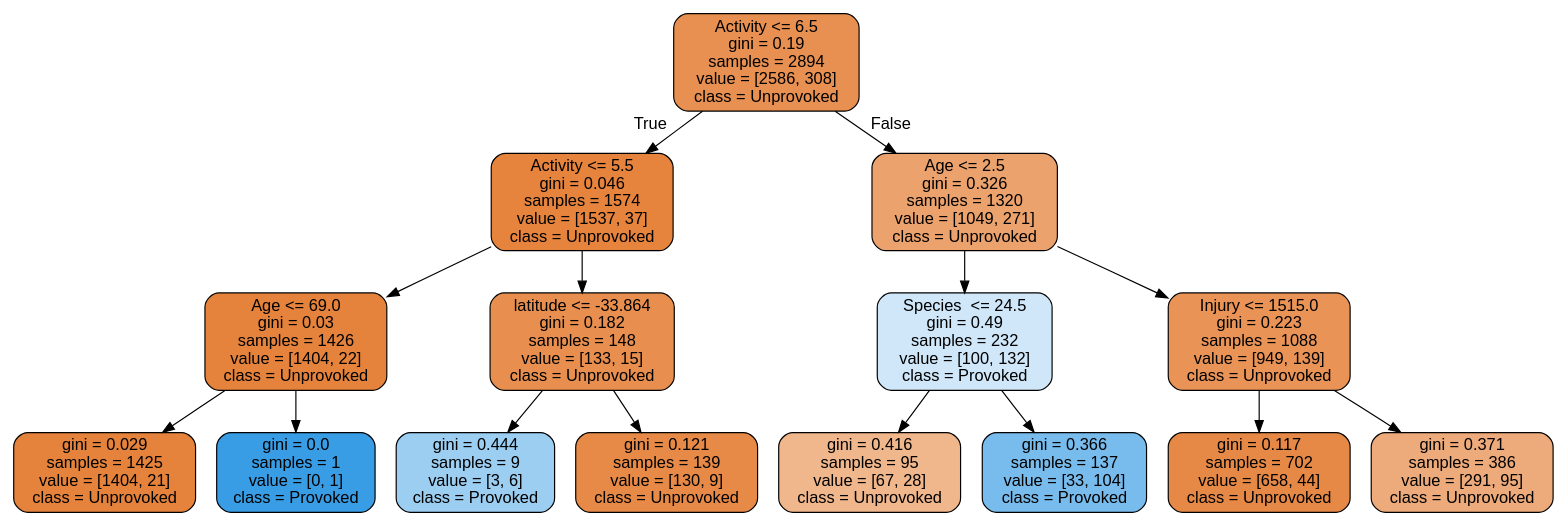
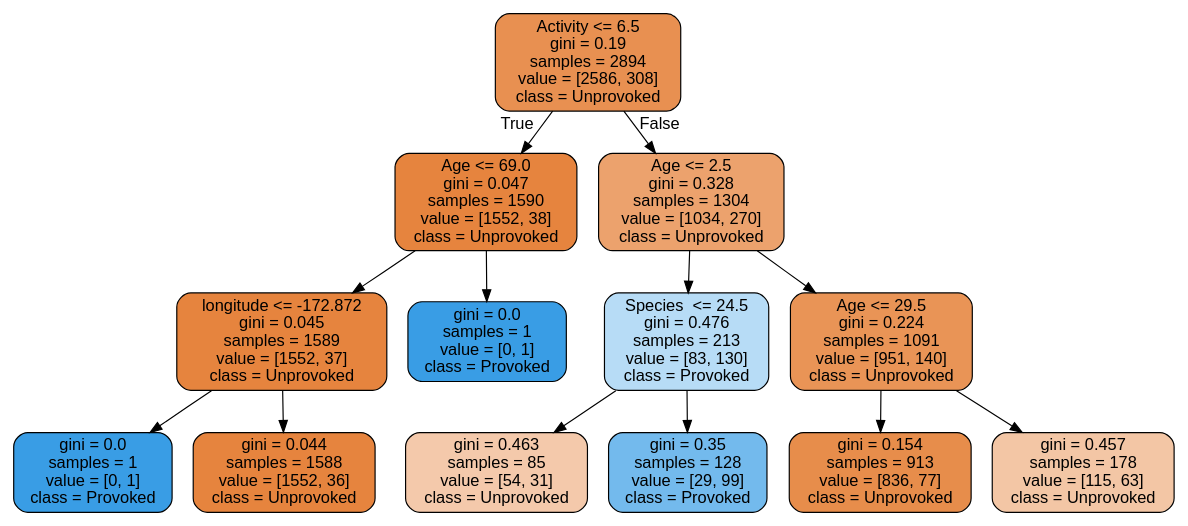
Before and after one commit to joshuapalicka/SharkAttackAnalysis: the diagram in shark_attack_tree.dot, drawn with Graphviz. The commit also changed 4 other files, not shown here.

```diff
--- a/shark_attack_tree.dot
+++ b/shark_attack_tree.dot
@@ -1,33 +1,29 @@
 digraph Tree {
 node [shape=box, style="filled, rounded", color="black", fontname="helvetica"] ;
 edge [fontname="helvetica"] ;
 0 [label="Activity <= 6.5\ngini = 0.19\nsamples = 2894\nvalue = [2586, 308]\nclass = Unprovoked", fillcolor="#e89051"] ;
-1 [label="Activity <= 5.5\ngini = 0.046\nsamples = 1574\nvalue = [1537, 37]\nclass = Unprovoked", fillcolor="#e6843e"] ;
+1 [label="Age <= 69.0\ngini = 0.047\nsamples = 1590\nvalue = [1552, 38]\nclass = Unprovoked", fillcolor="#e6843e"] ;
 0 -> 1 [labeldistance=2.5, labelangle=45, headlabel="True"] ;
-2 [label="Age <= 69.0\ngini = 0.03\nsamples = 1426\nvalue = [1404, 22]\nclass = Unprovoked", fillcolor="#e5833c"] ;
+2 [label="longitude <= -172.872\ngini = 0.045\nsamples = 1589\nvalue = [1552, 37]\nclass = Unprovoked", fillcolor="#e6843e"] ;
 1 -> 2 ;
-3 [label="gini = 0.029\nsamples = 1425\nvalue = [1404, 21]\nclass = Unprovoked", fillcolor="#e5833c"] ;
+3 [label="gini = 0.0\nsamples = 1\nvalue = [0, 1]\nclass = Provoked", fillcolor="#399de5"] ;
 2 -> 3 ;
-4 [label="gini = 0.0\nsamples = 1\nvalue = [0, 1]\nclass = Provoked", fillcolor="#399de5"] ;
+4 [label="gini = 0.044\nsamples = 1588\nvalue = [1552, 36]\nclass = Unprovoked", fillcolor="#e6843e"] ;
 2 -> 4 ;
-5 [label="latitude <= -33.864\ngini = 0.182\nsamples = 148\nvalue = [133, 15]\nclass = Unprovoked", fillcolor="#e88f4f"] ;
+5 [label="gini = 0.0\nsamples = 1\nvalue = [0, 1]\nclass = Provoked", fillcolor="#399de5"] ;
 1 -> 5 ;
-6 [label="gini = 0.444\nsamples = 9\nvalue = [3, 6]\nclass = Provoked", fillcolor="#9ccef2"] ;
-5 -> 6 ;
-7 [label="gini = 0.121\nsamples = 139\nvalue = [130, 9]\nclass = Unprovoked", fillcolor="#e78a47"] ;
-5 -> 7 ;
-8 [label="Age <= 2.5\ngini = 0.326\nsamples = 1320\nvalue = [1049, 271]\nclass = Unprovoked", fillcolor="#eca26c"] ;
-0 -> 8 [labeldistance=2.5, labelangle=-45, headlabel="False"] ;
-9 [label="Species  <= 24.5\ngini = 0.49\nsamples = 232\nvalue = [100, 132]\nclass = Provoked", fillcolor="#cfe7f9"] ;
-8 -> 9 ;
-10 [label="gini = 0.416\nsamples = 95\nvalue = [67, 28]\nclass = Unprovoked", fillcolor="#f0b68c"] ;
-9 -> 10 ;
-11 [label="gini = 0.366\nsamples = 137\nvalue = [33, 104]\nclass = Provoked", fillcolor="#78bced"] ;
-9 -> 11 ;
-12 [label="Injury <= 1515.0\ngini = 0.223\nsamples = 1088\nvalue = [949, 139]\nclass = Unprovoked", fillcolor="#e99356"] ;
-8 -> 12 ;
-13 [label="gini = 0.117\nsamples = 702\nvalue = [658, 44]\nclass = Unprovoked", fillcolor="#e78946"] ;
-12 -> 13 ;
-14 [label="gini = 0.371\nsamples = 386\nvalue = [291, 95]\nclass = Unprovoked", fillcolor="#edaa7a"] ;
-12 -> 14 ;
+6 [label="Age <= 2.5\ngini = 0.328\nsamples = 1304\nvalue = [1034, 270]\nclass = Unprovoked", fillcolor="#eca26d"] ;
+0 -> 6 [labeldistance=2.5, labelangle=-45, headlabel="False"] ;
+7 [label="Species  <= 24.5\ngini = 0.476\nsamples = 213\nvalue = [83, 130]\nclass = Provoked", fillcolor="#b7dcf6"] ;
+6 -> 7 ;
+8 [label="gini = 0.463\nsamples = 85\nvalue = [54, 31]\nclass = Unprovoked", fillcolor="#f4c9ab"] ;
+7 -> 8 ;
+9 [label="gini = 0.35\nsamples = 128\nvalue = [29, 99]\nclass = Provoked", fillcolor="#73baed"] ;
+7 -> 9 ;
+10 [label="Age <= 29.5\ngini = 0.224\nsamples = 1091\nvalue = [951, 140]\nclass = Unprovoked", fillcolor="#e99456"] ;
+6 -> 10 ;
+11 [label="gini = 0.154\nsamples = 913\nvalue = [836, 77]\nclass = Unprovoked", fillcolor="#e78d4b"] ;
+10 -> 11 ;
+12 [label="gini = 0.457\nsamples = 178\nvalue = [115, 63]\nclass = Unprovoked", fillcolor="#f3c6a5"] ;
+10 -> 12 ;
 }
```
